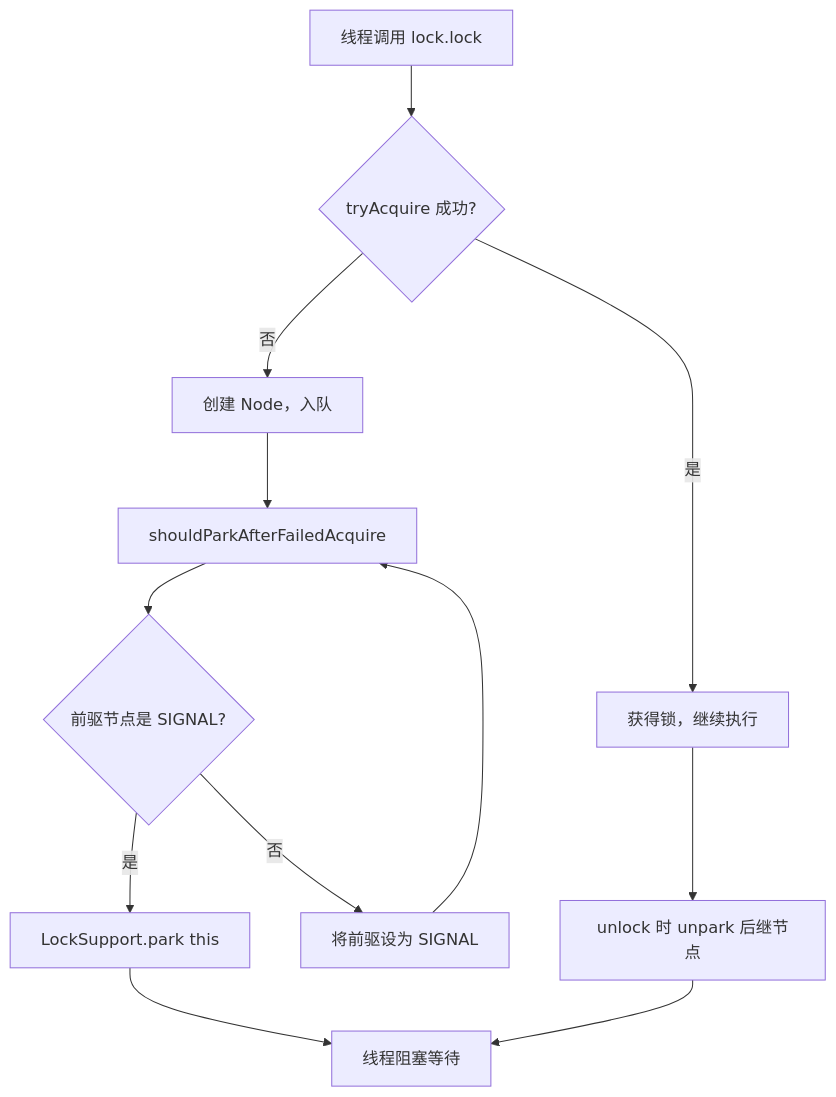
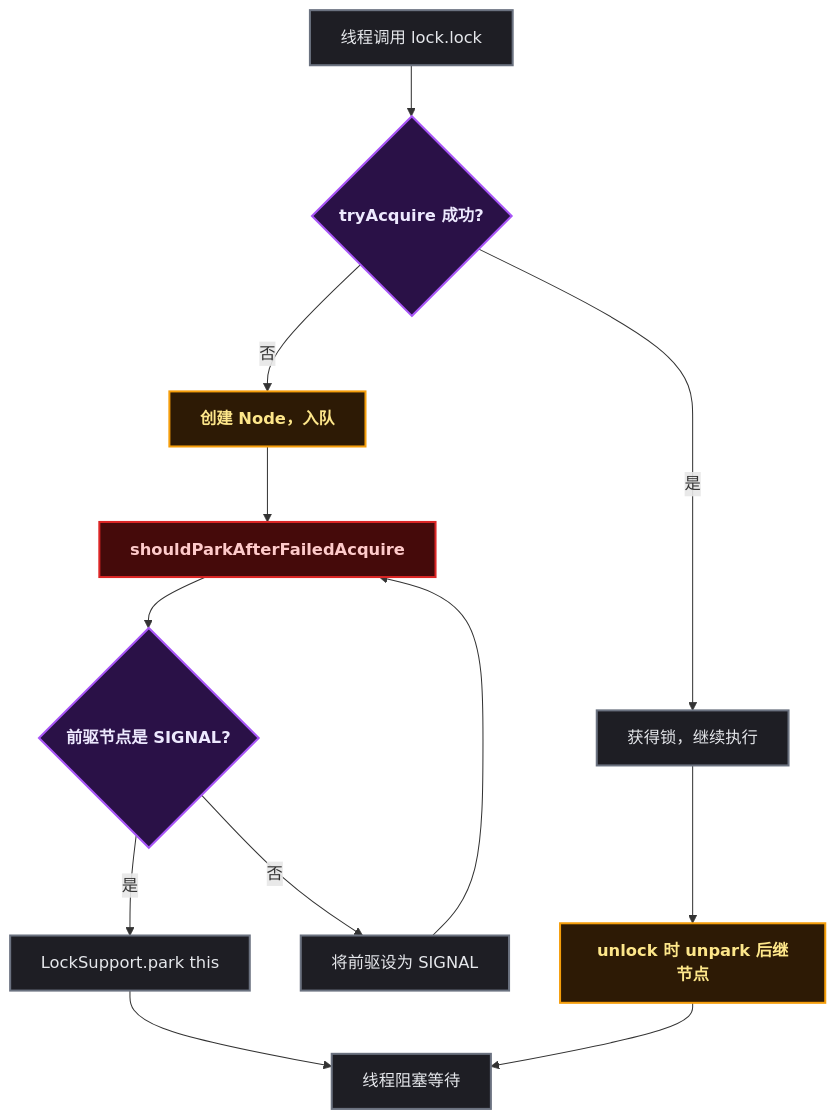
One commit to yaocat55/yaocat55.github.io changed the sixth of 7 diagrams in content/posts/concurrency/LockSupport.md. Above: the diagram before and after it, drawn with Mermaid. The commit also changed other lines of this file and 155 other files, not shown here.

````diff
--- a/content/posts/concurrency/LockSupport.md
+++ b/content/posts/concurrency/LockSupport.md
@@ -386,14 +390,24 @@
 ```mermaid
 flowchart TD
+%% 半暗底色 + 高亮描边：完美适配博客深色/浅色双主题 %%
+classDef process fill:#1e1e24,stroke:#6b7280,stroke-width:2px,color:#e5e7eb;
+classDef condition fill:#2a1147,stroke:#a855f7,stroke-width:2px,color:#ede9fe,font-weight:bold;
+classDef branch fill:#2d1a05,stroke:#f59e0b,stroke-width:2px,color:#fde68a,font-weight:bold;
+classDef reject fill:#450a0a,stroke:#dc2626,stroke-width:2px,color:#fecaca,font-weight:bold;
     A[线程调用 lock.lock] --> B{tryAcquire 成功?}
     B -->|是| C[获得锁，继续执行]
     B -->|否| D[创建 Node，入队]
     D --> E[shouldParkAfterFailedAcquire]
     E --> F{前驱节点是 SIGNAL?}
     F -->|是| G[LockSupport.park this]
     F -->|否| H[将前驱设为 SIGNAL]
     H --> E
     G --> I[线程阻塞等待]
     C --> J[unlock 时 unpark 后继节点]
     J --> I
+
+class D,J branch;
+class B,F condition;
+class A,C,G,H,I process;
+class E reject;
 ```
````
